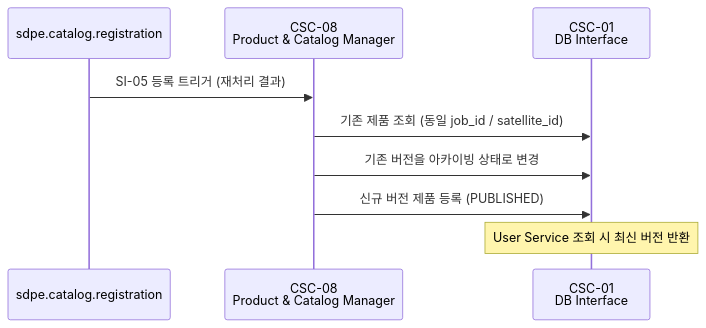
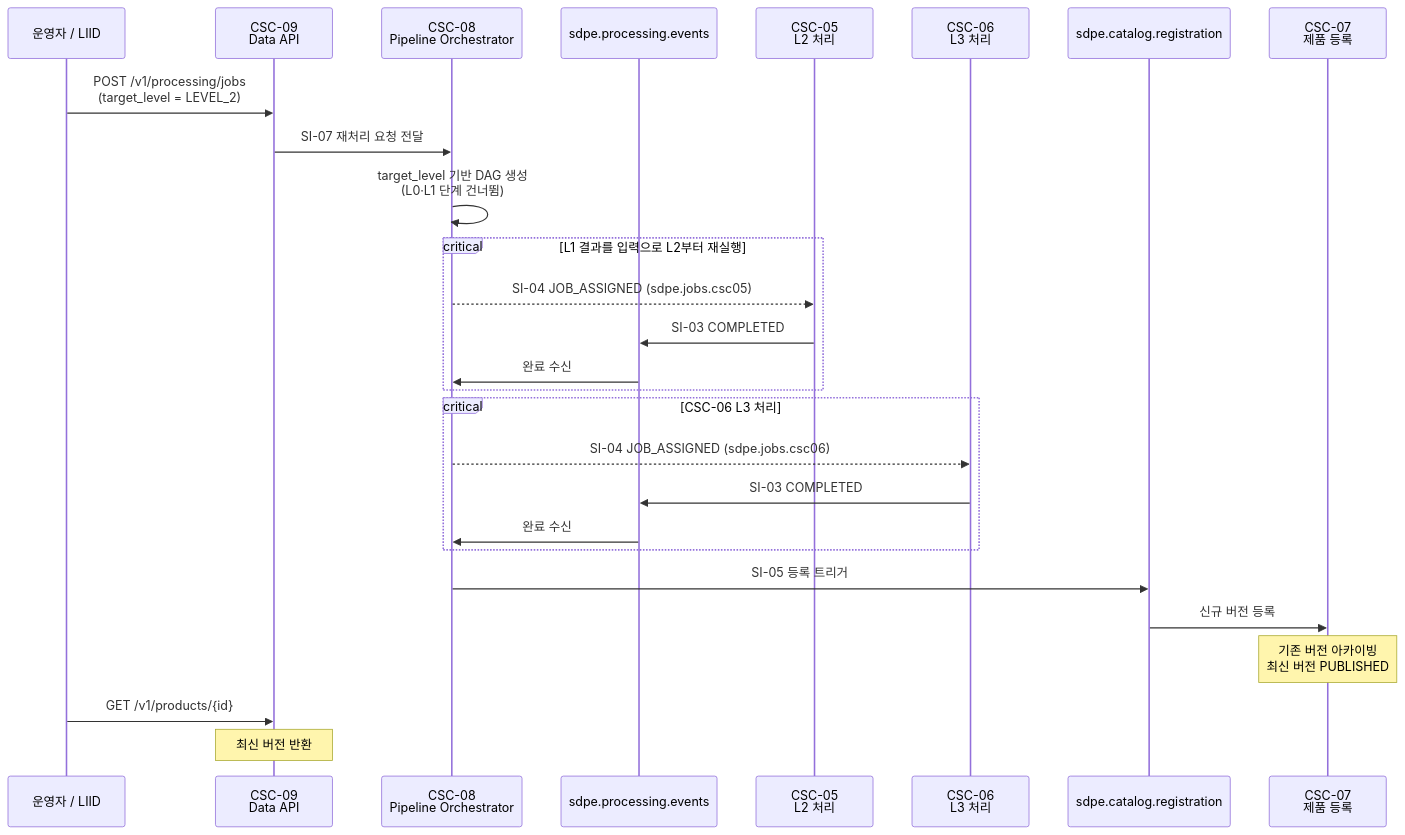
Before and after one commit to GTD-web/sar-data-process-element: the third of 3 diagrams in interfaces/csc-8/README.md, drawn with Mermaid. The commit also changed other lines of this file and 139 other files, not shown here.

````diff
--- a/interfaces/csc-8/README.md
+++ b/interfaces/csc-8/README.md
@@ -88,12 +167,34 @@
 ```mermaid
 sequenceDiagram
+    participant OP as 운영자 / LIID
+    participant CSC09 as CSC-09<br/>Data API
+    participant CSC08 as CSC-08<br/>Pipeline Orchestrator
+    participant Q_PE as sdpe.processing.events
+    participant CSC05 as CSC-05<br/>L2 처리
+    participant CSC06 as CSC-06<br/>L3 처리
     participant Q_CR as sdpe.catalog.registration
-    participant CSC08 as CSC-08<br/>Product & Catalog Manager
-    participant DB as CSC-01<br/>DB Interface
+    participant CSC07 as CSC-07<br/>제품 등록
 
-    Q_CR->>CSC08: SI-05 등록 트리거 (재처리 결과)
-    CSC08->>DB: 기존 제품 조회 (동일 job_id / satellite_id)
-    CSC08->>DB: 기존 버전을 아카이빙 상태로 변경
-    CSC08->>DB: 신규 버전 제품 등록 (PUBLISHED)
-    Note over DB: User Service 조회 시 최신 버전 반환
+    OP->>CSC09: POST /v1/processing/jobs<br/>(target_level = LEVEL_2)
+    CSC09->>CSC08: SI-07 재처리 요청 전달
+    CSC08->>CSC08: target_level 기반 DAG 생성<br/>(L0·L1 단계 건너뜀)
+
+    critical L1 결과를 입력으로 L2부터 재실행
+        CSC08-->>CSC05: SI-04 JOB_ASSIGNED (sdpe.jobs.csc05)
+        CSC05->>Q_PE: SI-03 COMPLETED
+        Q_PE->>CSC08: 완료 수신
+    end
+
+    critical CSC-06 L3 처리
+        CSC08-->>CSC06: SI-04 JOB_ASSIGNED (sdpe.jobs.csc06)
+        CSC06->>Q_PE: SI-03 COMPLETED
+        Q_PE->>CSC08: 완료 수신
+    end
+
+    CSC08->>Q_CR: SI-05 등록 트리거
+    Q_CR->>CSC07: 신규 버전 등록
+    Note over CSC07: 기존 버전 아카이빙<br/>최신 버전 PUBLISHED
+
+    OP->>CSC09: GET /v1/products/{id}
+    Note over CSC09: 최신 버전 반환
 ```
````
